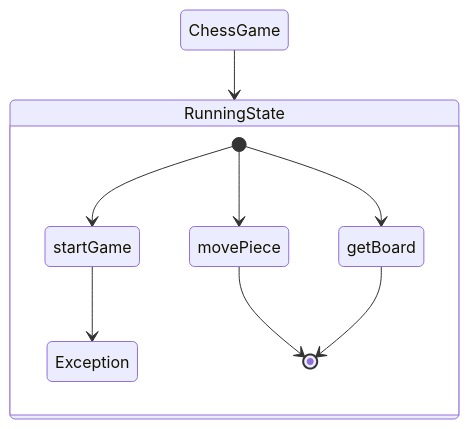
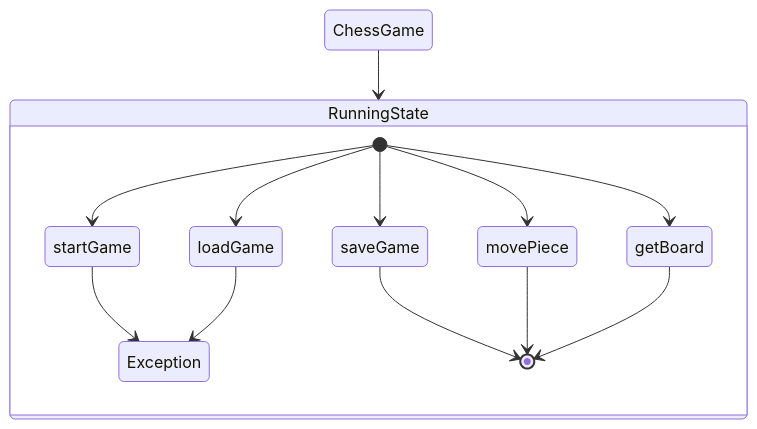
The fifth of 7 diagrams in README.md (woowacourse/java-chess), drawn with Mermaid before and after one commit. The commit also changed other lines of this file, not shown here.

Commit message:
docs: DB 설정 정보 추가, 다이어그램 업데이트

````diff
--- a/README.md
+++ b/README.md
@@ -100,12 +104,16 @@
 ```mermaid
 stateDiagram
     ChessGame --> RunningState
     state RunningState {
         [*] --> startGame
+        [*] --> saveGame
+        [*] --> loadGame
         [*] --> movePiece
         [*] --> getBoard
         startGame --> Exception
+        saveGame --> [*]
+        loadGame --> Exception
         movePiece --> [*]
         getBoard --> [*]
     }
 ```
````
